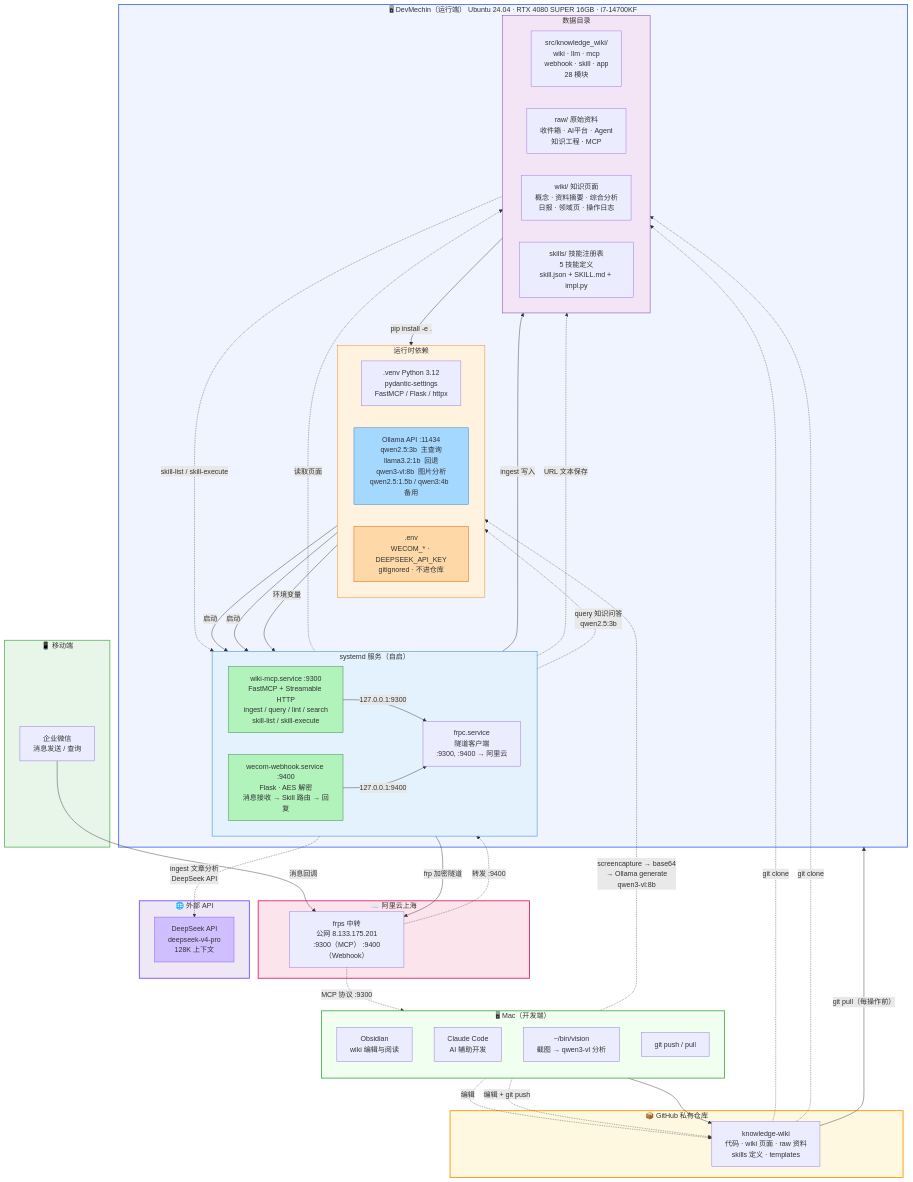
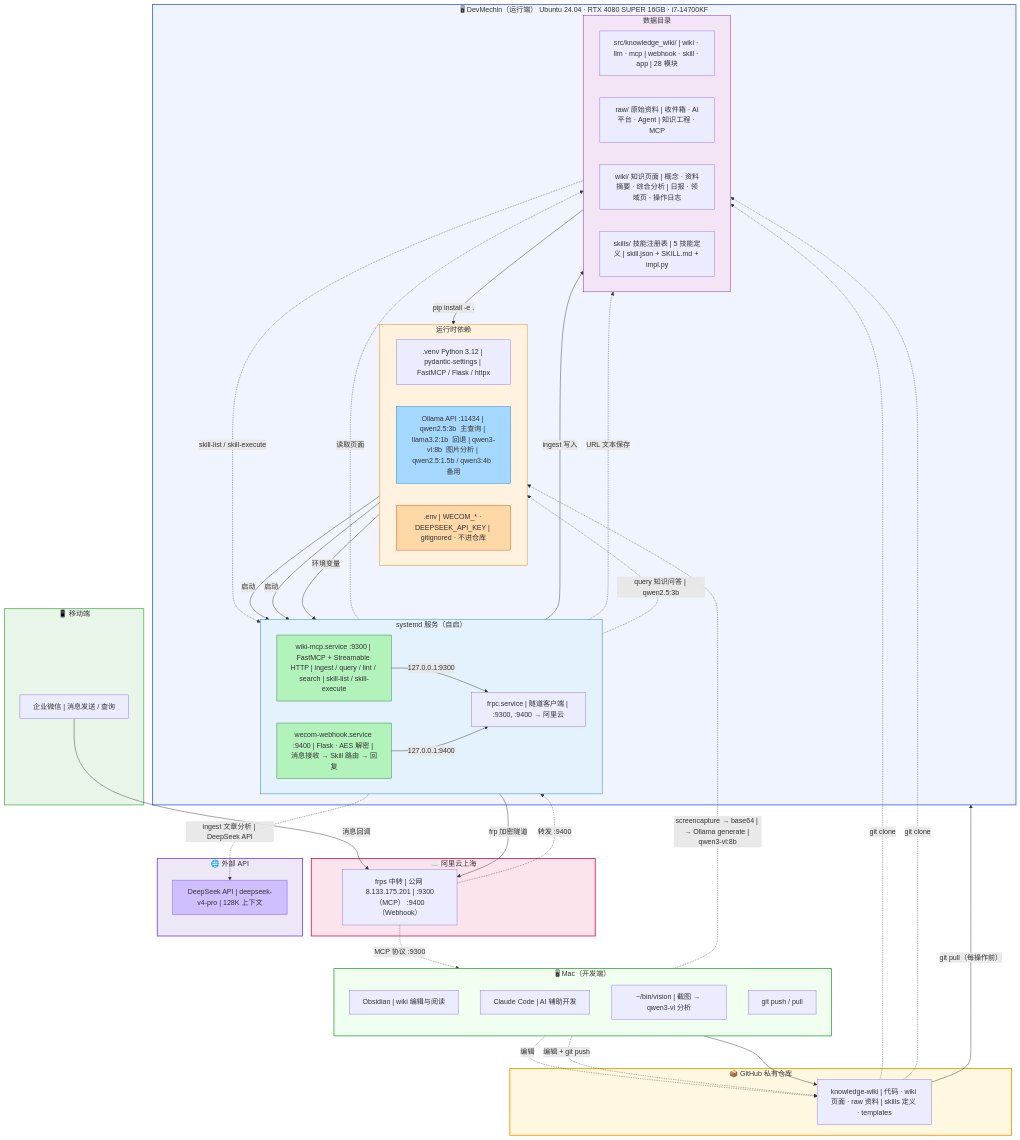
One commit to JXY001A/knowledge-wiki changed the first of 8 diagrams in wiki/综合分析/2026-05-23 Phase 2 实现详细流程图.md. Above: the diagram before and after it, drawn with Mermaid. The commit also changed other lines of this file, not shown here.

Commit message:
fix: 全文档 45 处 br 替换为竖线 — 彻底消除 Unsupported markdown: list

```diff
--- a/wiki/综合分析/2026-05-23 Phase 2 实现详细流程图.md
+++ b/wiki/综合分析/2026-05-23 Phase 2 实现详细流程图.md
@@ -20,20 +20,20 @@
     %% ====== 用户端 ======
     subgraph Mac["🖥 Mac（开发端）"]
         direction TB
-        Obsidian["Obsidian<br/>wiki 编辑与阅读"]
-        ClaudeCode["Claude Code<br/>AI 辅助开发"]
-        MacVision["~/bin/vision<br/>截图 → qwen3-vl 分析"]
+        Obsidian["Obsidian | wiki 编辑与阅读"]
+        ClaudeCode["Claude Code | AI 辅助开发"]
+        MacVision["~/bin/vision | 截图 → qwen3-vl 分析"]
         MacGit["git push / pull"]
     end
 
     %% ====== 消息入口 ======
     subgraph Mobile["📱 移动端"]
-        WechatUser["企业微信<br/>消息发送 / 查询"]
+        WechatUser["企业微信 | 消息发送 / 查询"]
     end
 
     %% ====== GitHub ======
     subgraph GitHub["📦 GitHub 私有仓库"]
-        Repo["knowledge-wiki<br/>代码 · wiki 页面 · raw 资料<br/>skills 定义 · templates"]
+        Repo["knowledge-wiki | 代码 · wiki 页面 · raw 资料 | skills 定义 · templates"]
     end
 
     %% ====== DevMechin ======
@@ -42,36 +42,36 @@
         %% --- 服务层 ---
         subgraph Services["systemd 服务（自启）"]
             direction LR
-            MCP["wiki-mcp.service :9300<br/>FastMCP + Streamable HTTP<br/>ingest / query / lint / search<br/>skill-list / skill-execute"]
-            Webhook["wecom-webhook.service :9400<br/>Flask · AES 解密<br/>消息接收 → Skill 路由 → 回复"]
-            Frpc["frpc.service<br/>隧道客户端<br/>:9300, :9400 → 阿里云"]
+            MCP["wiki-mcp.service :9300 | FastMCP + Streamable HTTP | ingest / query / lint / search | skill-list / skill-execute"]
+            Webhook["wecom-webhook.service :9400 | Flask · AES 解密 | 消息接收 → Skill 路由 → 回复"]
+            Frpc["frpc.service | 隧道客户端 | :9300, :9400 → 阿里云"]
         end
 
         %% --- 运行时 ---
         subgraph Runtime["运行时依赖"]
             direction LR
-            Venv[".venv Python 3.12<br/>pydantic-settings<br/>FastMCP / Flask / httpx"]
-            Ollama["Ollama API :11434<br/>qwen2.5:3b  主查询<br/>llama3.2:1b  回退<br/>qwen3-vl:8b  图片分析<br/>qwen2.5:1.5b / qwen3:4b  备用"]
-            Env[".env<br/>WECOM_* · DEEPSEEK_API_KEY<br/>gitignored · 不进仓库"]
+            Venv[".venv Python 3.12 | pydantic-settings | FastMCP / Flask / httpx"]
+            Ollama["Ollama API :11434 | qwen2.5:3b  主查询 | llama3.2:1b  回退 | qwen3-vl:8b  图片分析 | qwen2.5:1.5b / qwen3:4b  备用"]
+            Env[".env | WECOM_* · DEEPSEEK_API_KEY | gitignored · 不进仓库"]
         end
 
         %% --- 数据层 ---
         subgraph Data["数据目录"]
             direction LR
-            Src["src/knowledge_wiki/<br/>wiki · llm · mcp<br/>webhook · skill · app<br/>28 模块"]
-            RawDir["raw/ 原始资料<br/>收件箱 · AI平台 · Agent<br/>知识工程 · MCP"]
-            WikiDir["wiki/ 知识页面<br/>概念 · 资料摘要 · 综合分析<br/>日报 · 领域页 · 操作日志"]
-            SkillsDir["skills/ 技能注册表<br/>5 技能定义<br/>skill.json + SKILL.md + impl.py"]
+            Src["src/knowledge_wiki/ | wiki · llm · mcp | webhook · skill · app | 28 模块"]
+            RawDir["raw/ 原始资料 | 收件箱 · AI平台 · Agent | 知识工程 · MCP"]
+            WikiDir["wiki/ 知识页面 | 概念 · 资料摘要 · 综合分析 | 日报 · 领域页 · 操作日志"]
+            SkillsDir["skills/ 技能注册表 | 5 技能定义 | skill.json + SKILL.md + impl.py"]
         end
     end
 
     %% ====== 云端 ======
     subgraph Cloud["☁️ 阿里云上海"]
-        Frps["frps 中转<br/>公网 8.133.175.201<br/>:9300（MCP） :9400（Webhook）"]
+        Frps["frps 中转 | 公网 8.133.175.201 | :9300（MCP） :9400（Webhook）"]
     end
 
     subgraph External["🌐 外部 API"]
-        DSApi["DeepSeek API<br/>deepseek-v4-pro<br/>128K 上下文"]
+        DSApi["DeepSeek API | deepseek-v4-pro | 128K 上下文"]
     end
 
     %% ====== 连线：数据同步 ======
@@ -104,9 +104,9 @@
     Frps -.->|"转发 :9400"| Webhook
 
     %% ====== 连线：LLM 调用 ======
-    Webhook -.->|"ingest 文章分析<br/>DeepSeek API"| DSApi
-    Webhook -.->|"query 知识问答<br/>qwen2.5:3b"| Ollama
-    MacVision -.->|"screencapture → base64<br/>→ Ollama generate<br/>qwen3-vl:8b"| Ollama
+    Webhook -.->|"ingest 文章分析 | DeepSeek API"| DSApi
+    Webhook -.->|"query 知识问答 | qwen2.5:3b"| Ollama
+    MacVision -.->|"screencapture → base64 | → Ollama generate | qwen3-vl:8b"| Ollama
 
     %% ====== 样式 ======
     style DevMechin fill:#f0f4ff,stroke:#4a6cf7,stroke-width:2px
```
